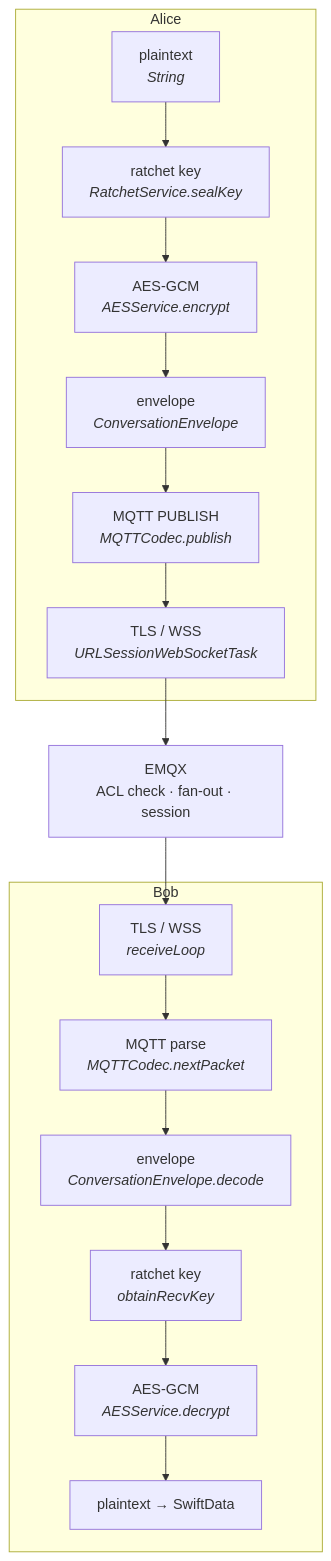
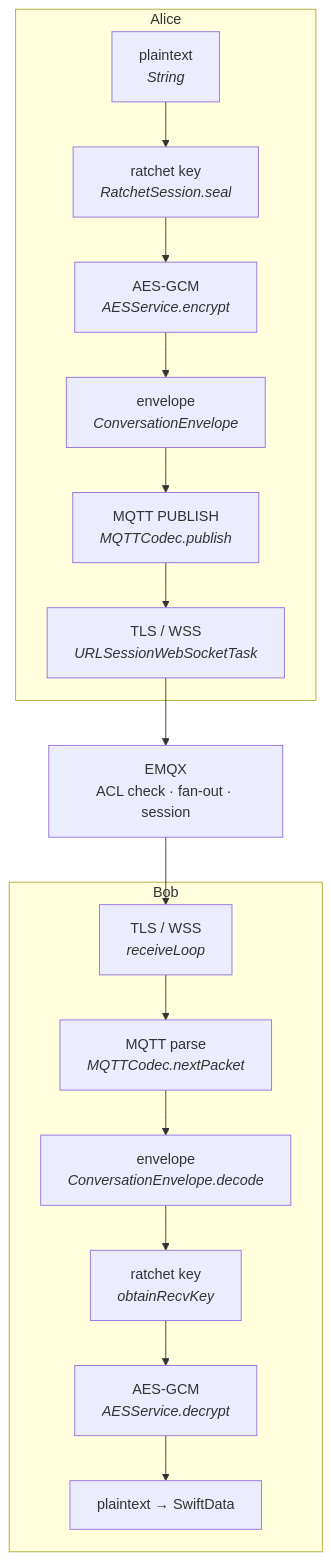
The diagram in docs/architecture/message-flow.md (MartinRougeron2/HQChat-Server), drawn with Mermaid before and after one commit. The commit also changed other lines of this file and 95 other files, not shown here.

````diff
--- a/docs/architecture/message-flow.md
+++ b/docs/architecture/message-flow.md
@@ -15,23 +15,23 @@
 ```mermaid
 flowchart TB
     subgraph send["Alice"]
         S1["plaintext<br/><i>String</i>"]
-        S2["ratchet key<br/><i>RatchetService.sealKey</i>"]
+        S2["ratchet key<br/><i>RatchetSession.seal</i>"]
         S3["AES-GCM<br/><i>AESService.encrypt</i>"]
         S4["envelope<br/><i>ConversationEnvelope</i>"]
         S5["MQTT PUBLISH<br/><i>MQTTCodec.publish</i>"]
         S6["TLS / WSS<br/><i>URLSessionWebSocketTask</i>"]
         S1 --> S2 --> S3 --> S4 --> S5 --> S6
     end
     S6 --> E["EMQX<br/>ACL check · fan-out · session"]
     E --> R6
     subgraph recv["Bob"]
         R6["TLS / WSS<br/><i>receiveLoop</i>"]
         R5["MQTT parse<br/><i>MQTTCodec.nextPacket</i>"]
         R4["envelope<br/><i>ConversationEnvelope.decode</i>"]
         R3["ratchet key<br/><i>obtainRecvKey</i>"]
         R2["AES-GCM<br/><i>AESService.decrypt</i>"]
         R1["plaintext → SwiftData"]
         R6 --> R5 --> R4 --> R3 --> R2 --> R1
     end
 ```
````
